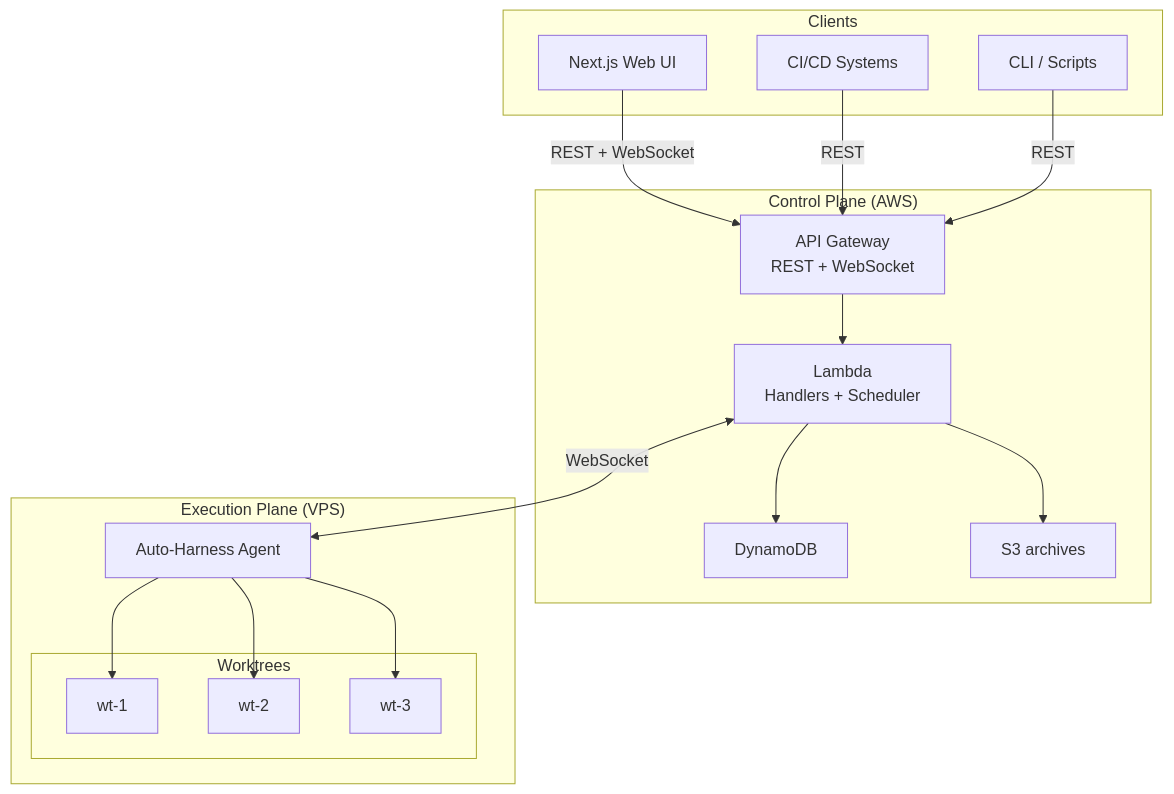
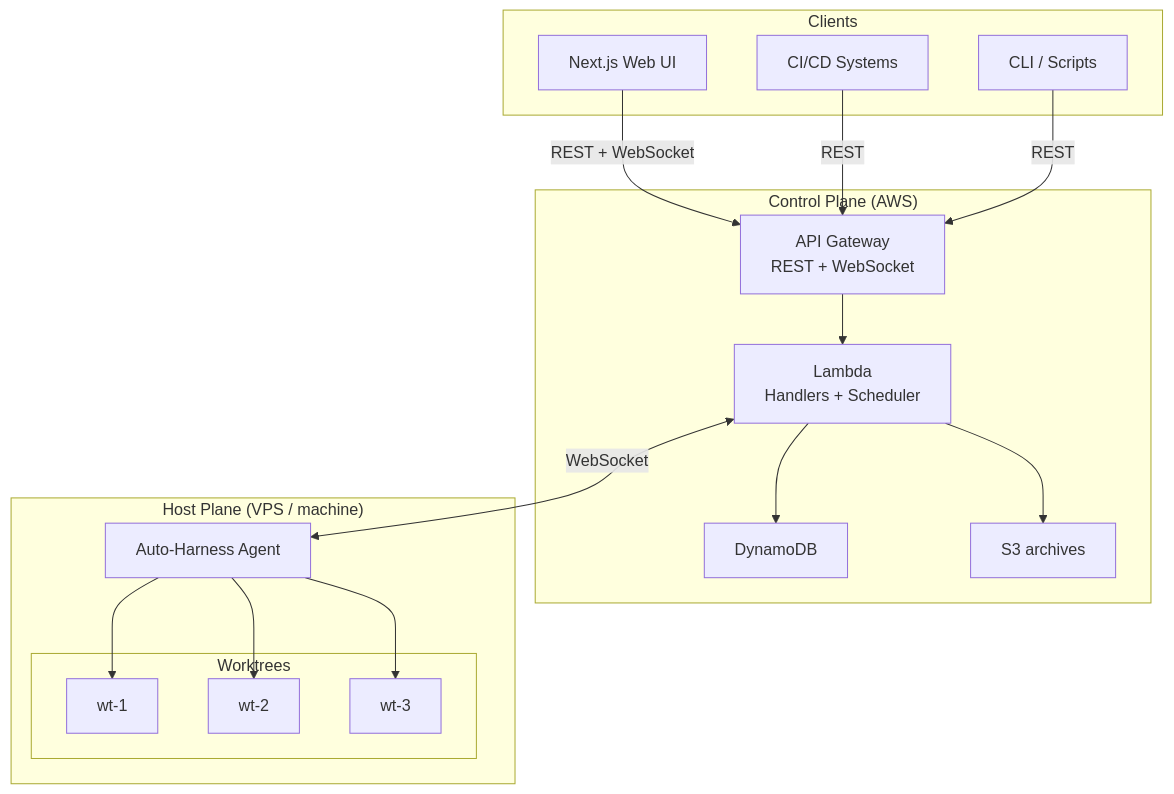
The first of 2 diagrams in docs/architecture/README.md (jonathanong/auto-harness), drawn with Mermaid before and after one commit. The commit also changed other lines of this file and 11 other files, not shown here.

````diff
--- a/docs/architecture/README.md
+++ b/docs/architecture/README.md
@@ -29,35 +34,35 @@
 ```mermaid
 graph TB
     subgraph "Control Plane (AWS)"
         APIGW["API Gateway<br/>REST + WebSocket"]
         Lambda["Lambda<br/>Handlers + Scheduler"]
         DDB["DynamoDB"]
         S3["S3 archives"]
     end
 
     subgraph "Clients"
         WebUI["Next.js Web UI"]
         CI["CI/CD Systems"]
         CLI["CLI / Scripts"]
     end
 
-    subgraph "Execution Plane (VPS)"
+    subgraph "Host Plane (VPS / machine)"
         Agent["Auto-Harness Agent"]
         subgraph "Worktrees"
             WT1["wt-1"]
             WT2["wt-2"]
             WT3["wt-3"]
         end
     end
 
     WebUI -->|REST + WebSocket| APIGW
     CI -->|REST| APIGW
     CLI -->|REST| APIGW
     APIGW --> Lambda
     Lambda --> DDB
     Lambda --> S3
     Lambda <-->|WebSocket| Agent
     Agent --> WT1
     Agent --> WT2
     Agent --> WT3
 ```
````
